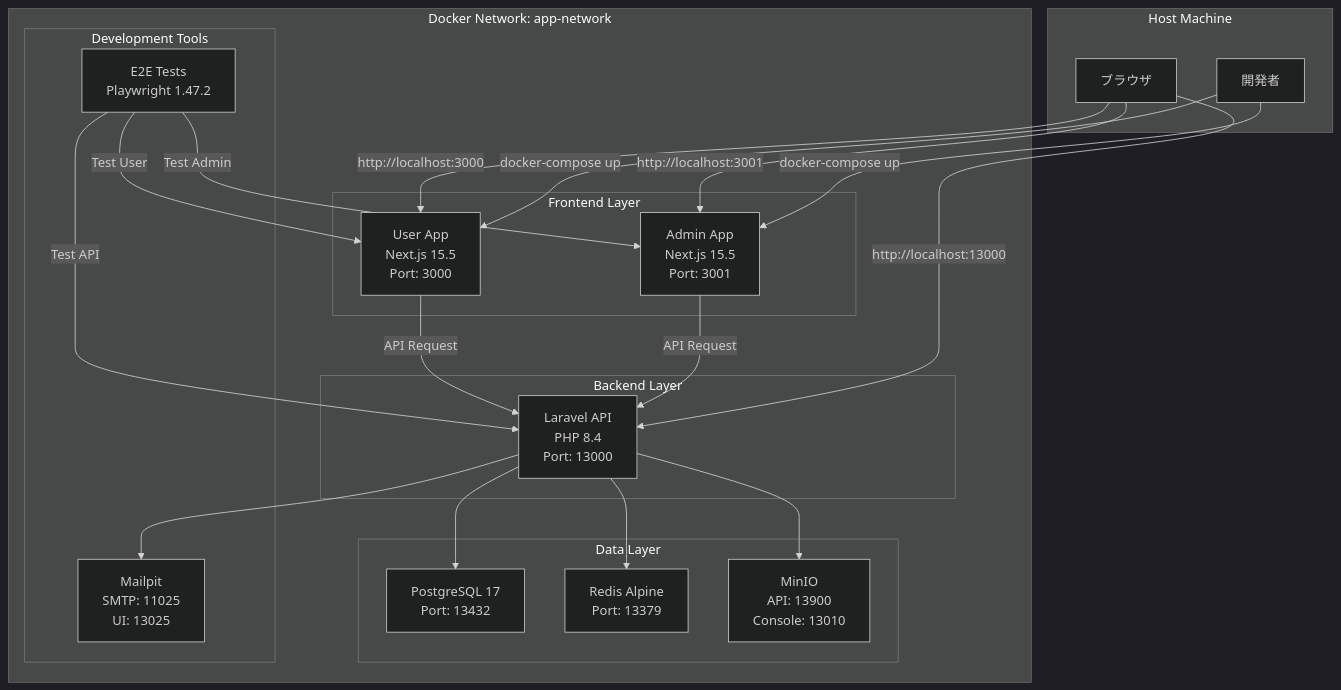
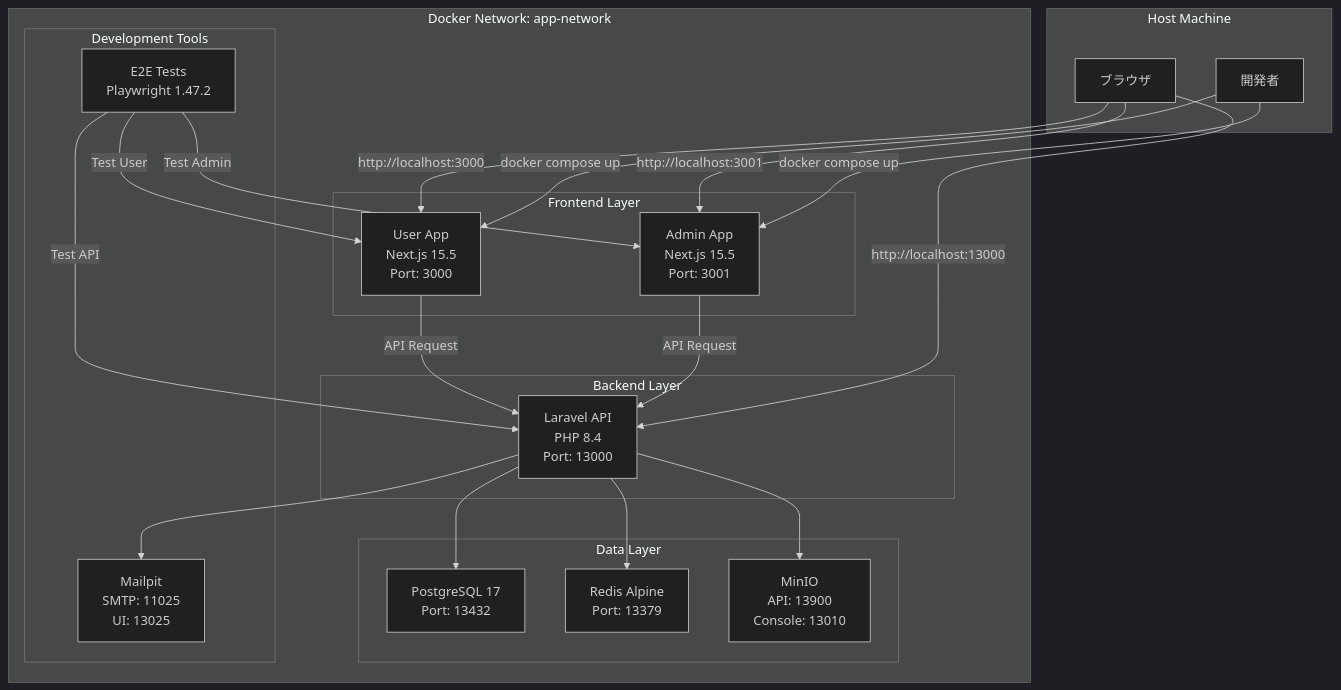
Before and after one commit to ef-tech/laravel-next-b2c: the first of 8 diagrams in .kiro/specs/nextjs-app-dockerfile/design.md, drawn with Mermaid (dark theme). The commit also changed other lines of this file and 12 other files, not shown here.

First line of the commit message:
Docs: 📝 docker-compose → docker compose 表記統一（Docker Compose V2対応）

````diff
--- a/.kiro/specs/nextjs-app-dockerfile/design.md
+++ b/.kiro/specs/nextjs-app-dockerfile/design.md
@@ -54,47 +54,47 @@
 ```mermaid
 graph TB
     subgraph "Host Machine"
         Developer[開発者]
         Browser[ブラウザ]
     end
 
     subgraph "Docker Network: app-network"
         subgraph "Frontend Layer"
             AdminApp[Admin App<br/>Next.js 15.5<br/>Port: 3001]
             UserApp[User App<br/>Next.js 15.5<br/>Port: 3000]
         end
 
         subgraph "Backend Layer"
             LaravelAPI[Laravel API<br/>PHP 8.4<br/>Port: 13000]
         end
 
         subgraph "Data Layer"
             PostgreSQL[PostgreSQL 17<br/>Port: 13432]
             Redis[Redis Alpine<br/>Port: 13379]
             MinIO[MinIO<br/>API: 13900<br/>Console: 13010]
         end
 
         subgraph "Development Tools"
             Mailpit[Mailpit<br/>SMTP: 11025<br/>UI: 13025]
             E2E[E2E Tests<br/>Playwright 1.47.2]
         end
     end
 
-    Developer -->|docker-compose up| AdminApp
-    Developer -->|docker-compose up| UserApp
+    Developer -->|docker compose up| AdminApp
+    Developer -->|docker compose up| UserApp
     Browser -->|http://localhost:3001| AdminApp
     Browser -->|http://localhost:3000| UserApp
     Browser -->|http://localhost:13000| LaravelAPI
 
     AdminApp -->|API Request| LaravelAPI
     UserApp -->|API Request| LaravelAPI
 
     LaravelAPI --> PostgreSQL
     LaravelAPI --> Redis
     LaravelAPI --> MinIO
     LaravelAPI --> Mailpit
 
     E2E -->|Test Admin| AdminApp
     E2E -->|Test User| UserApp
     E2E -->|Test API| LaravelAPI
 ```
````
